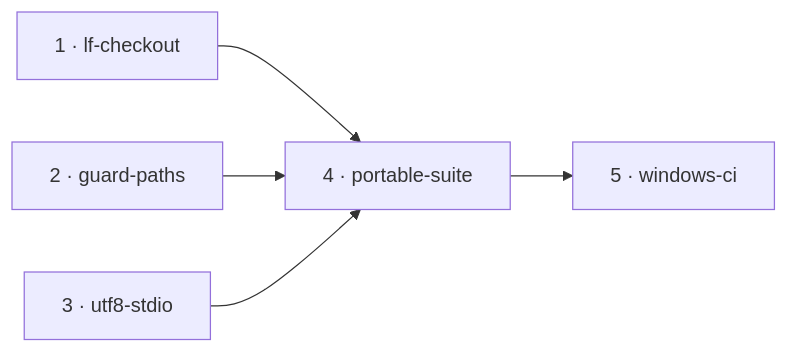
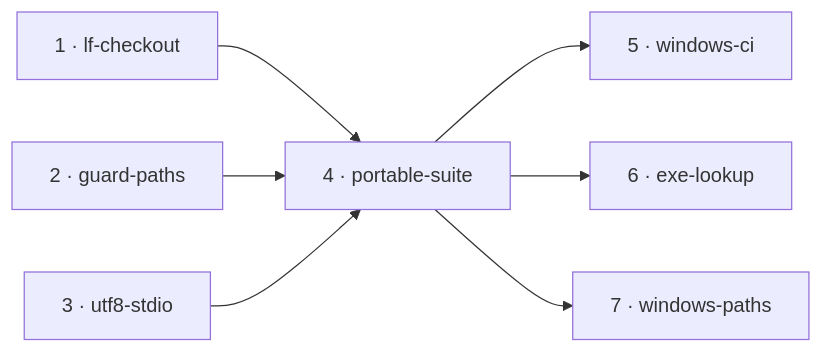
Before and after one commit to dzaffren/claude-plugin: the second of 2 diagrams in docs/specs/os-agnostic-suite/shape.md, drawn with Mermaid. The commit also changed other lines of this file and 32 other files, not shown here.

````diff
--- a/docs/specs/os-agnostic-suite/shape.md
+++ b/docs/specs/os-agnostic-suite/shape.md
@@ -36,7 +36,9 @@
 ```mermaid
 flowchart LR
     S1["1 · lf-checkout"] --> S4["4 · portable-suite"]
     S2["2 · guard-paths"] --> S4
     S3["3 · utf8-stdio"] --> S4
     S4 --> S5["5 · windows-ci"]
+    S4 --> S6["6 · exe-lookup"]
+    S4 --> S7["7 · windows-paths"]
 ```
````
